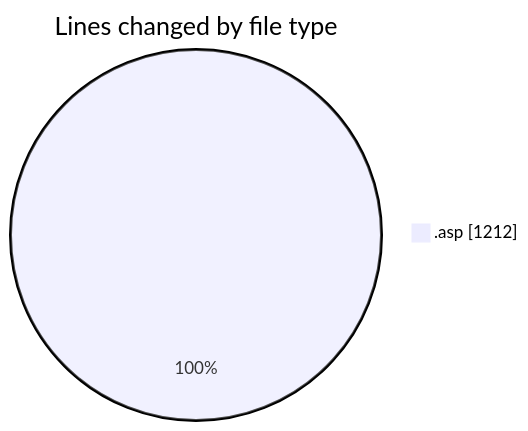
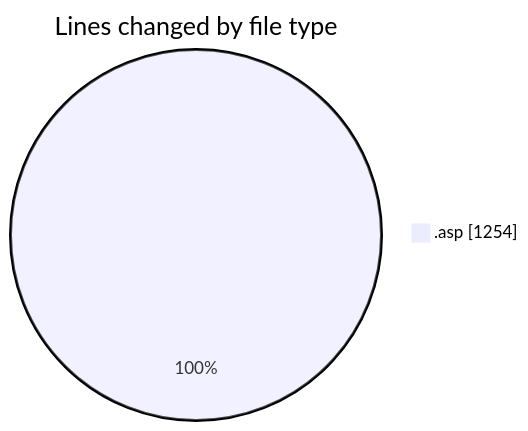
Before and after one commit to julien-gomy/code-tracking: the first of 2 diagrams in 2025-10-28/usr_aleoudev_fr__workspace_/README.md, drawn with Mermaid. The commit also changed other lines of this file and 1 other file, not shown here.

````diff
--- a/2025-10-28/usr_aleoudev_fr__workspace_/README.md
+++ b/2025-10-28/usr_aleoudev_fr__workspace_/README.md
@@ -25,5 +25,5 @@
 ```mermaid
 pie showData
 title Lines changed by file type
-".asp" : 1212
+".asp" : 1254
 ```
````
